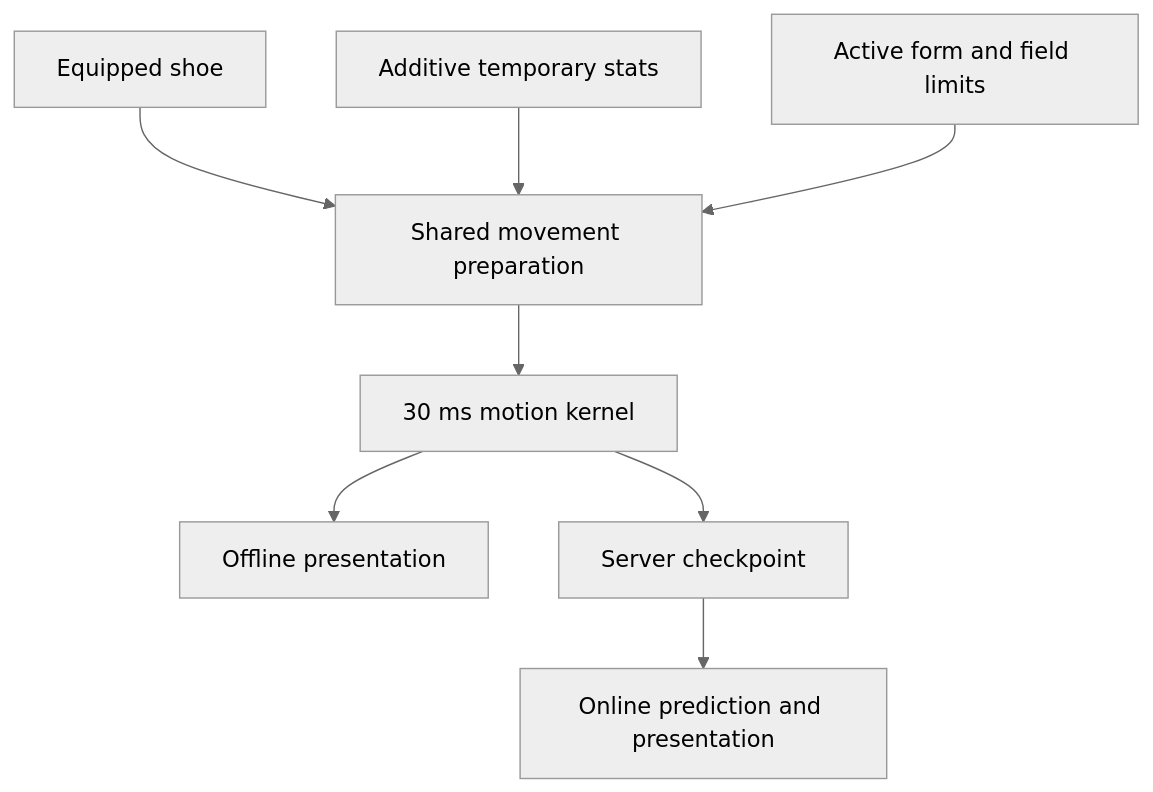
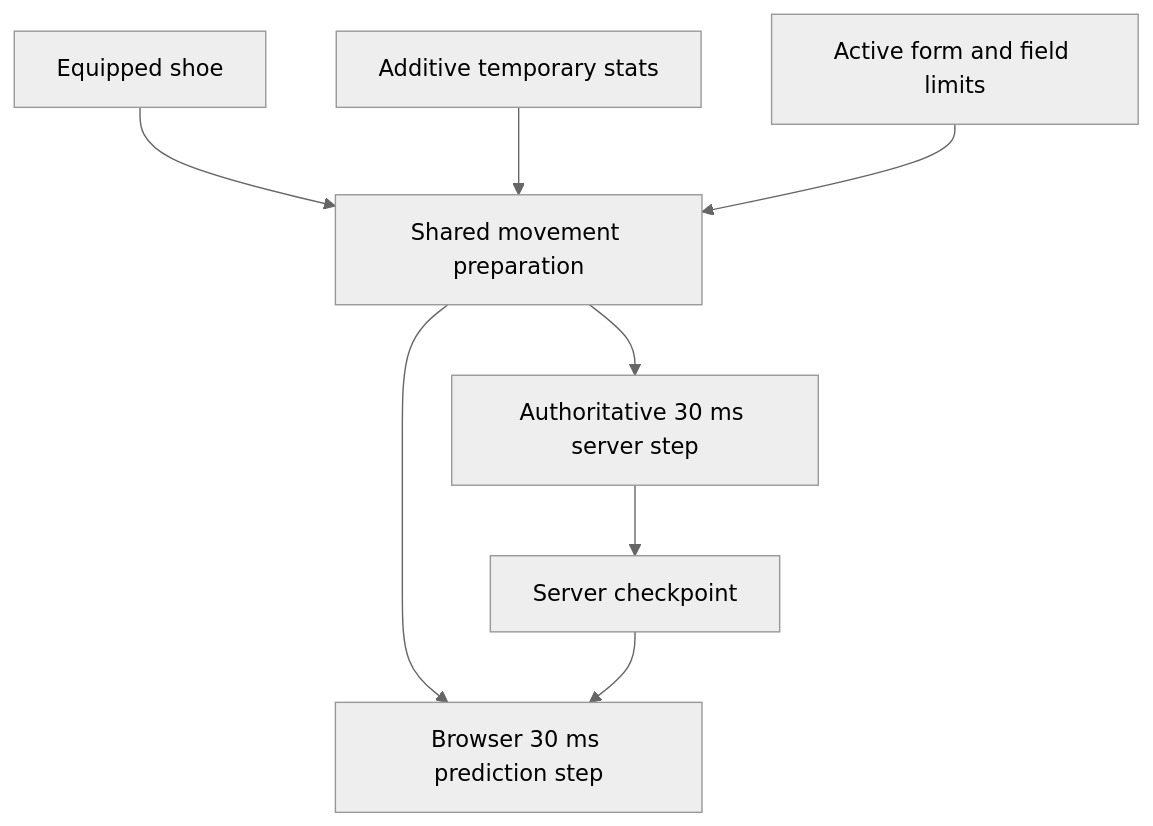
Before and after one commit to Thovenaar/openms: the diagram in docs/movement-parity.md, drawn with Mermaid (neutral theme). The commit also changed other lines of this file and 51 other files, not shown here.

Commit message:
chore(docs+config): refresh project docs, schemas, and manifest/config updates

````diff
--- a/docs/movement-parity.md
+++ b/docs/movement-parity.md
@@ -20,10 +20,10 @@
 ```mermaid
 flowchart TD
   Shoe[Equipped shoe] --> Prepare[Shared movement preparation]
   Buff[Additive temporary stats] --> Prepare
   Form[Active form and field limits] --> Prepare
-  Prepare --> Step[30 ms motion kernel]
-  Step --> Offline[Offline presentation]
-  Step --> Checkpoint[Server checkpoint]
-  Checkpoint --> Online[Online prediction and presentation]
+  Prepare --> Server[Authoritative 30 ms server step]
+  Prepare --> Predictor[Browser 30 ms prediction step]
+  Server --> Checkpoint[Server checkpoint]
+  Checkpoint --> Predictor
 ```
````
